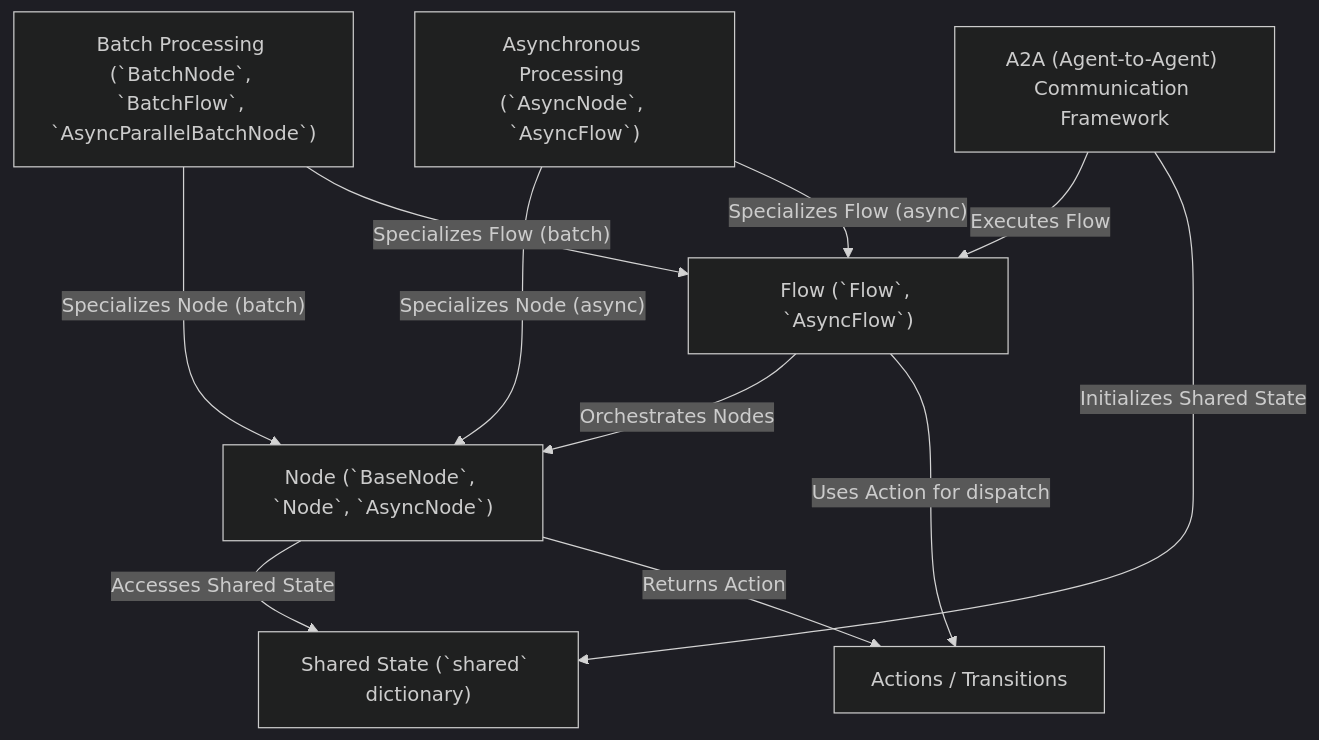
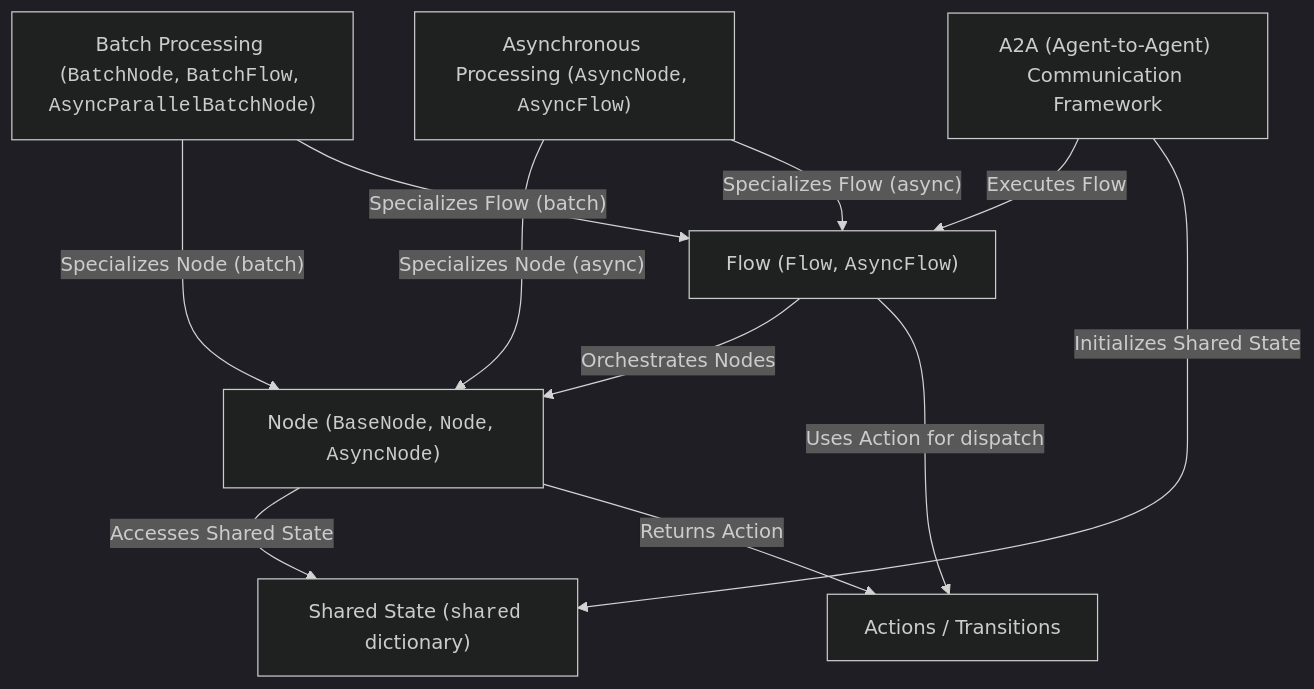
One commit to zen006598/PocketFlow-Tutorial-Codebase-Knowledge changed the diagram in docs/PocketFlow/index.md. Above: the diagram before and after it, drawn with Mermaid (dark theme).

Commit message:
fix markdown render

````diff
--- a/docs/PocketFlow/index.md
+++ b/docs/PocketFlow/index.md
@@ -19,27 +19,27 @@
 ```mermaid
 flowchart TD
-    A0["Node (`BaseNode`, `Node`, `AsyncNode`)
+    A0["Node (<code>BaseNode</code>, <code>Node</code>, <code>AsyncNode</code>)
 "]
-    A1["Flow (`Flow`, `AsyncFlow`)
+    A1["Flow (<code>Flow</code>, <code>AsyncFlow</code>)
 "]
-    A2["Shared State (`shared` dictionary)
+    A2["Shared State (<code>shared</code> dictionary)
 "]
     A3["Actions / Transitions
 "]
-    A4["Batch Processing (`BatchNode`, `BatchFlow`, `AsyncParallelBatchNode`)
+    A4["Batch Processing (<code>BatchNode</code>, <code>BatchFlow</code>, <code>AsyncParallelBatchNode</code>)
 "]
-    A5["Asynchronous Processing (`AsyncNode`, `AsyncFlow`)
+    A5["Asynchronous Processing (<code>AsyncNode</code>, <code>AsyncFlow</code>)
 "]
     A6["A2A (Agent-to-Agent) Communication Framework
 "]
     A1 -- "Orchestrates Nodes" --> A0
     A0 -- "Accesses Shared State" --> A2
     A0 -- "Returns Action" --> A3
     A1 -- "Uses Action for dispatch" --> A3
     A4 -- "Specializes Node (batch)" --> A0
     A4 -- "Specializes Flow (batch)" --> A1
     A5 -- "Specializes Node (async)" --> A0
     A5 -- "Specializes Flow (async)" --> A1
     A6 -- "Executes Flow" --> A1
     A6 -- "Initializes Shared State" --> A2
 ```
````
